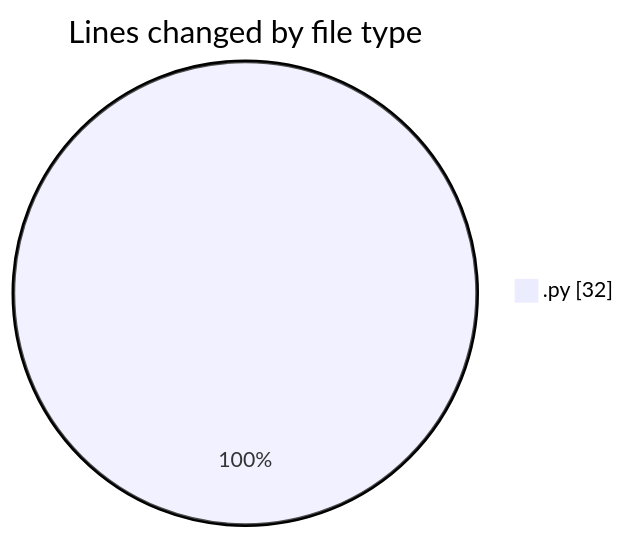
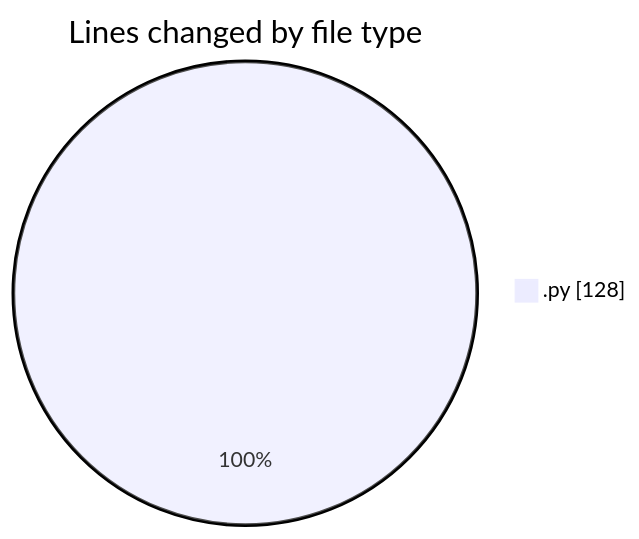
Before and after one commit to julien-gomy/code-tracking: the first of 2 diagrams in 2025-10-21/eventscop-api-guide__workspace_/README.md, drawn with Mermaid. The commit also changed other lines of this file and 1 other file, not shown here.

````diff
--- a/2025-10-21/eventscop-api-guide__workspace_/README.md
+++ b/2025-10-21/eventscop-api-guide__workspace_/README.md
@@ -20,5 +22,5 @@
 ```mermaid
 pie showData
 title Lines changed by file type
-".py" : 32
+".py" : 128
 ```
````
